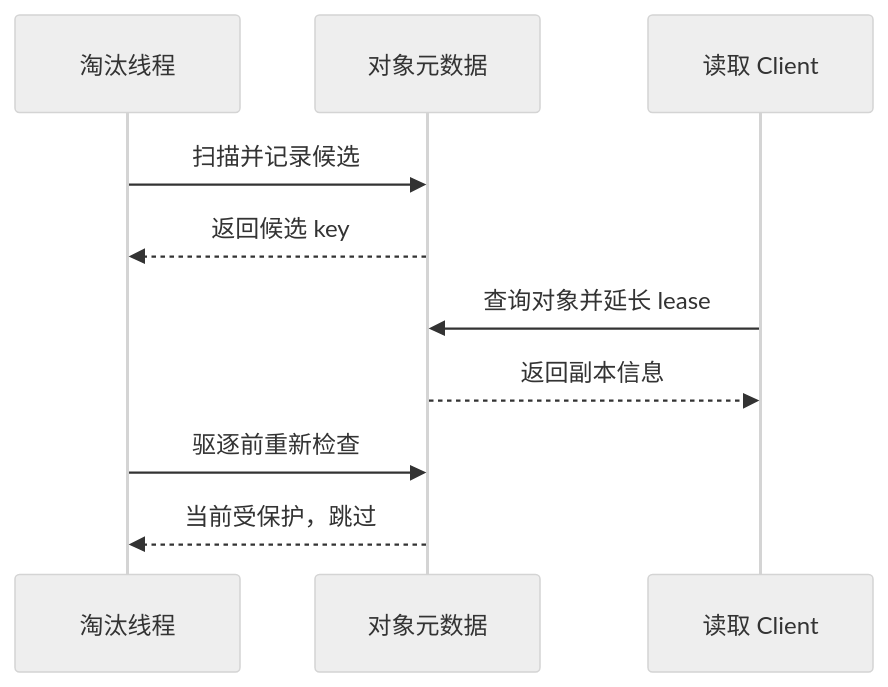
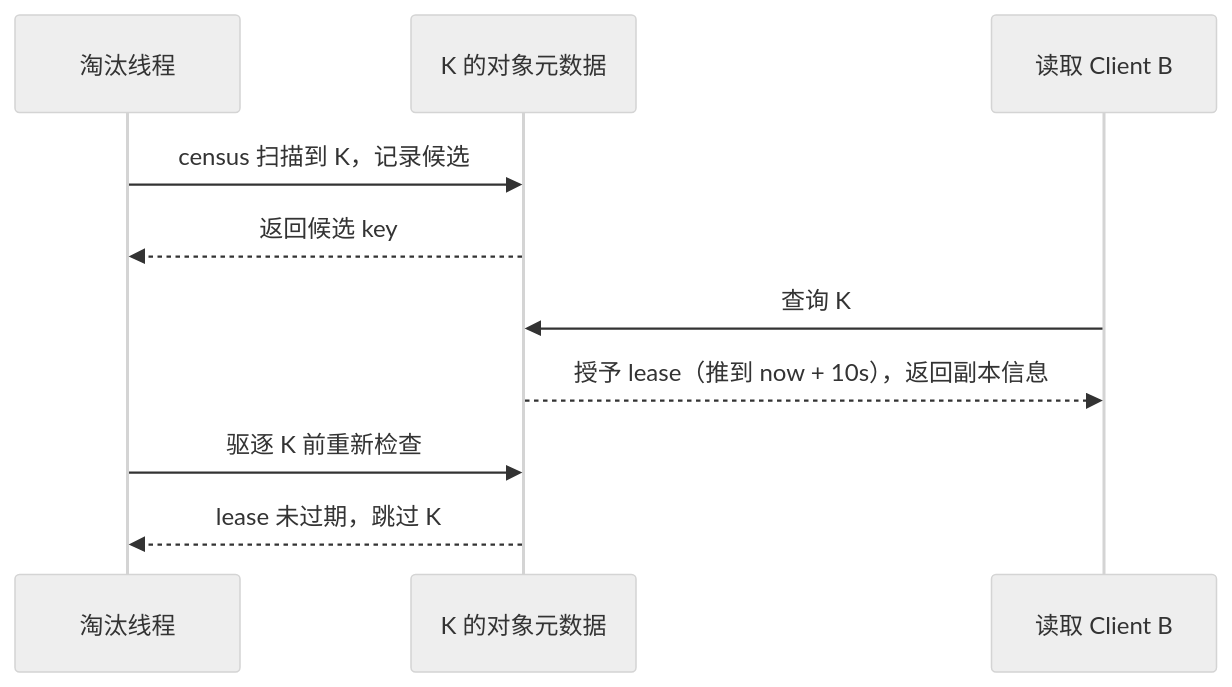
One commit to Hansyangxingxiang/Mooncake changed the diagram in mooncake-kv-cache-series/wechat/09-cache-eviction.md. Above: the diagram before and after it, drawn with Mermaid (neutral theme). The commit also changed other lines of this file and 42 other files, not shown here.

````diff
--- a/mooncake-kv-cache-series/wechat/09-cache-eviction.md
+++ b/mooncake-kv-cache-series/wechat/09-cache-eviction.md
@@ -39,12 +28,12 @@
 ```mermaid
 sequenceDiagram
     participant E as 淘汰线程
-    participant M as 对象元数据
-    participant R as 读取 Client
-    E->>M: 扫描并记录候选
+    participant M as K 的对象元数据
+    participant R as 读取 Client B
+    E->>M: census 扫描到 K，记录候选
     M-->>E: 返回候选 key
-    R->>M: 查询对象并延长 lease
-    M-->>R: 返回副本信息
-    E->>M: 驱逐前重新检查
-    M-->>E: 当前受保护，跳过
+    R->>M: 查询 K
+    M-->>R: 授予 lease（推到 now + 10s），返回副本信息
+    E->>M: 驱逐 K 前重新检查
+    M-->>E: lease 未过期，跳过 K
 ```
````
